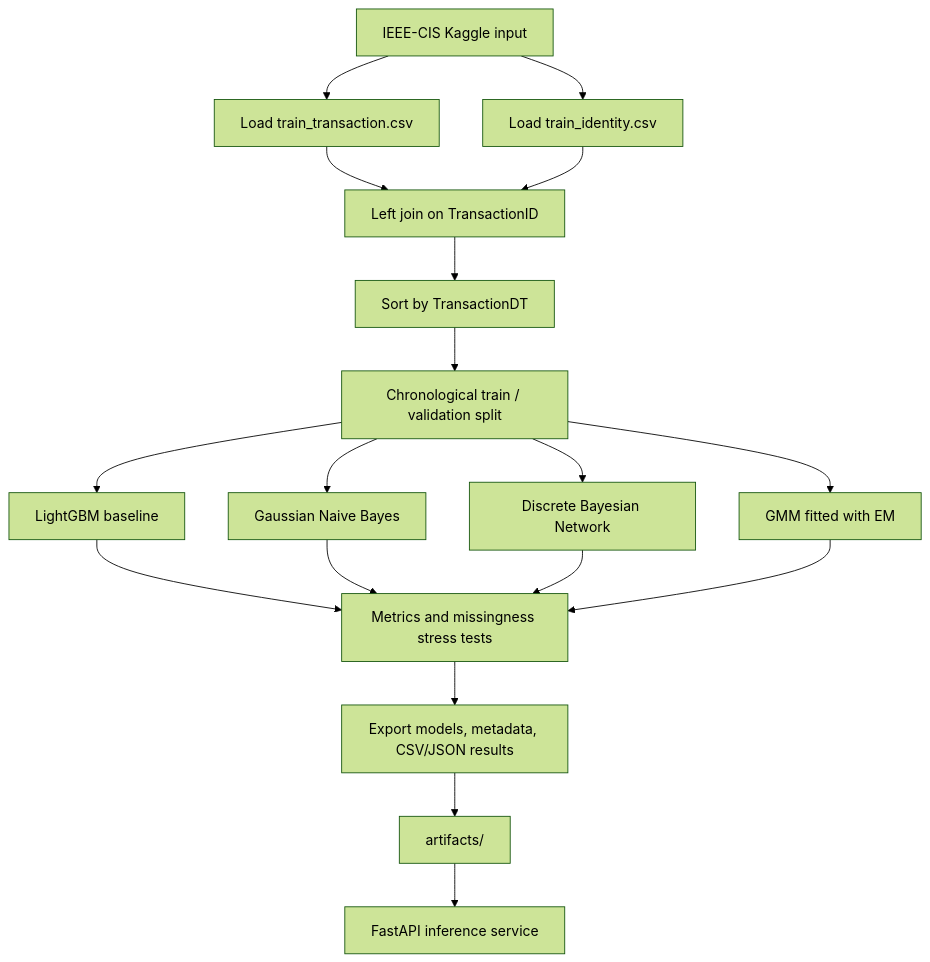
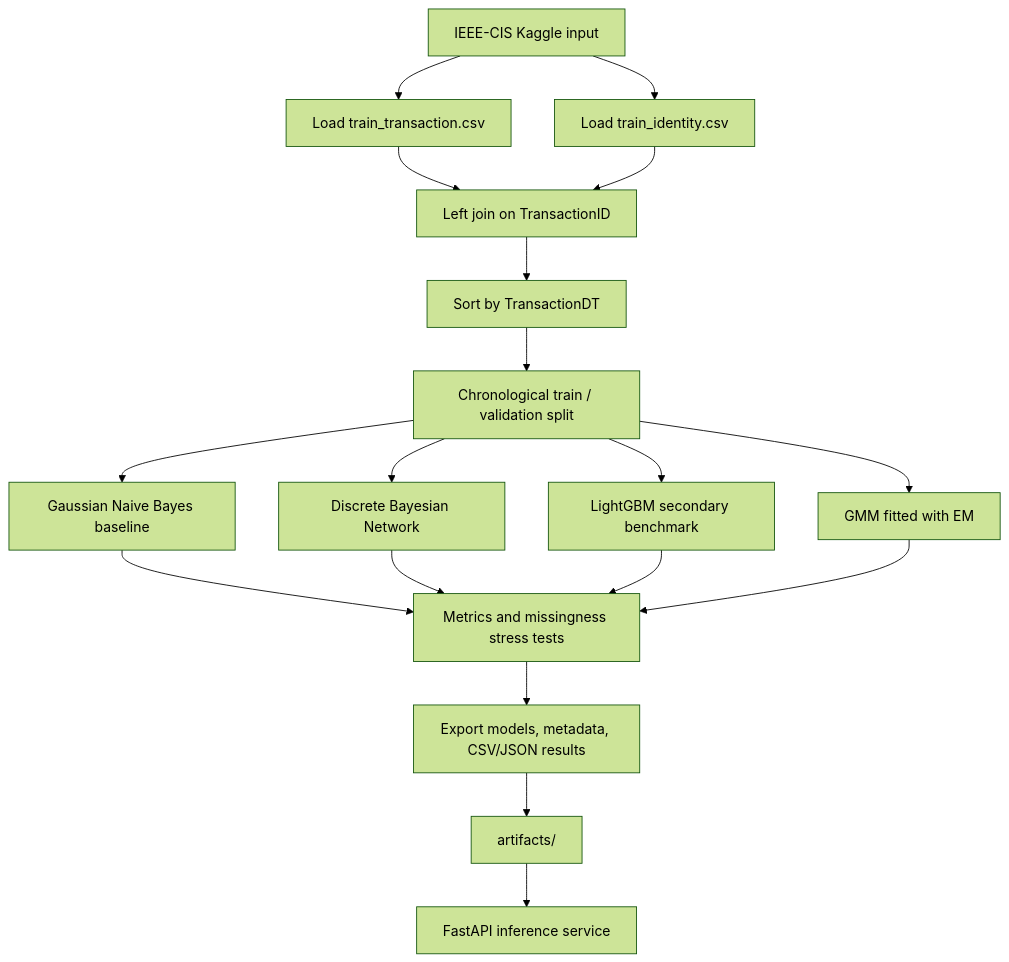
The first of 2 diagrams in docs/ARCHITECTURE.md (amulyagavankar20-glitch/FraudGuard), drawn with Mermaid (forest theme) before and after one commit. The commit also changed other lines of this file and 8 other files, not shown here.

````diff
--- a/docs/ARCHITECTURE.md
+++ b/docs/ARCHITECTURE.md
@@ -5,20 +5,20 @@
 ```mermaid
 flowchart TD
     A[IEEE-CIS Kaggle input] --> B[Load train_transaction.csv]
     A --> C[Load train_identity.csv]
     B --> D[Left join on TransactionID]
     C --> D
     D --> E[Sort by TransactionDT]
     E --> F[Chronological train / validation split]
-    F --> G[LightGBM baseline]
-    F --> H[Gaussian Naive Bayes]
-    F --> I[Discrete Bayesian Network]
+    F --> G[Gaussian Naive Bayes baseline]
+    F --> H[Discrete Bayesian Network]
+    F --> I[LightGBM secondary benchmark]
     F --> J[GMM fitted with EM]
     G --> K[Metrics and missingness stress tests]
     H --> K
     I --> K
     J --> K
     K --> L[Export models, metadata, CSV/JSON results]
     L --> M[artifacts/]
     M --> N[FastAPI inference service]
 ```
````
